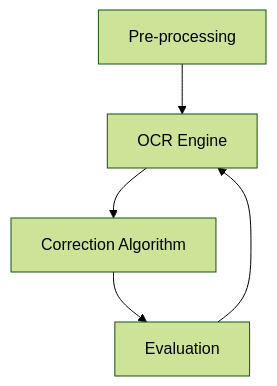
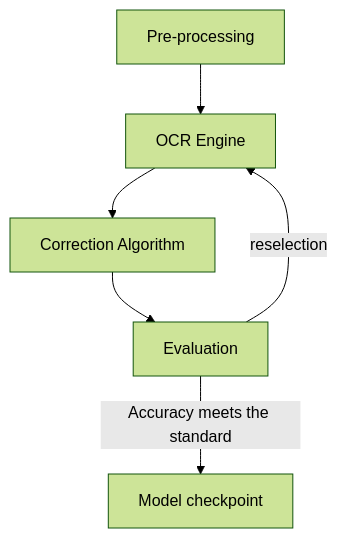
Before and after one commit to Xushu-Wang/AI-powered-Historical-Text-Transcription: the diagram in index.md, drawn with Mermaid (forest theme).

````diff
--- a/index.md
+++ b/index.md
@@ -16,7 +16,8 @@
 ```mermaid
 graph TD;
     A[Pre-processing] --> B[OCR Engine];
     B-->C[Correction Algorithm];
     C--> D[Evaluation];
-    D--> B;
+    D--> |reselection| B;
+    D--> |Accuracy meets the standard| E[Model checkpoint]
 ```
````
